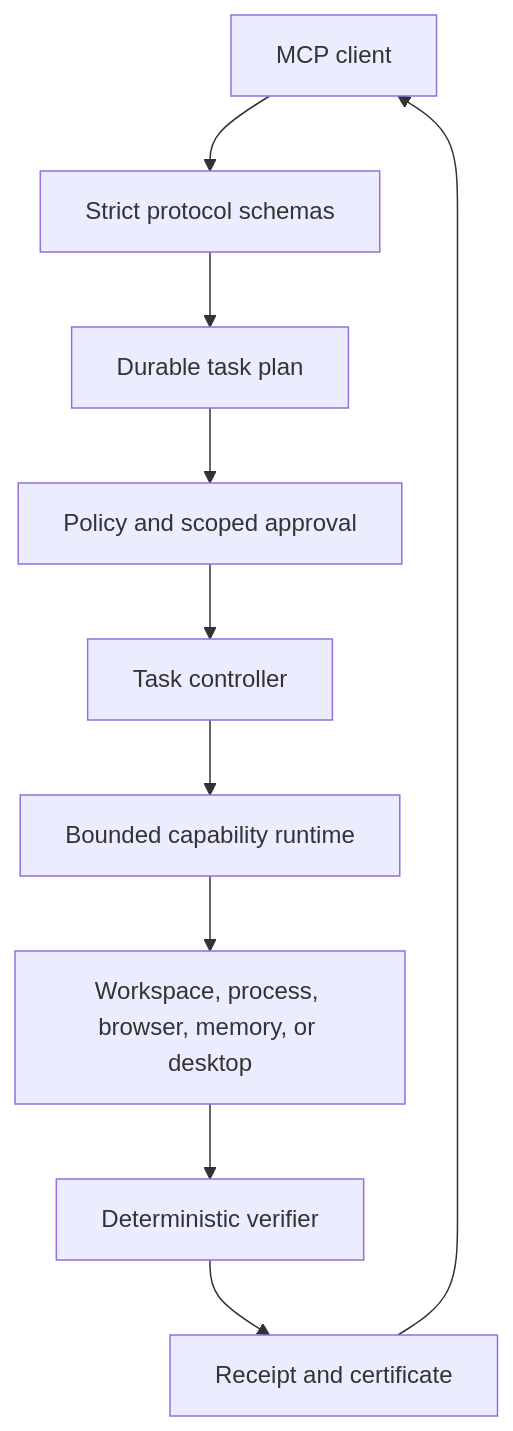
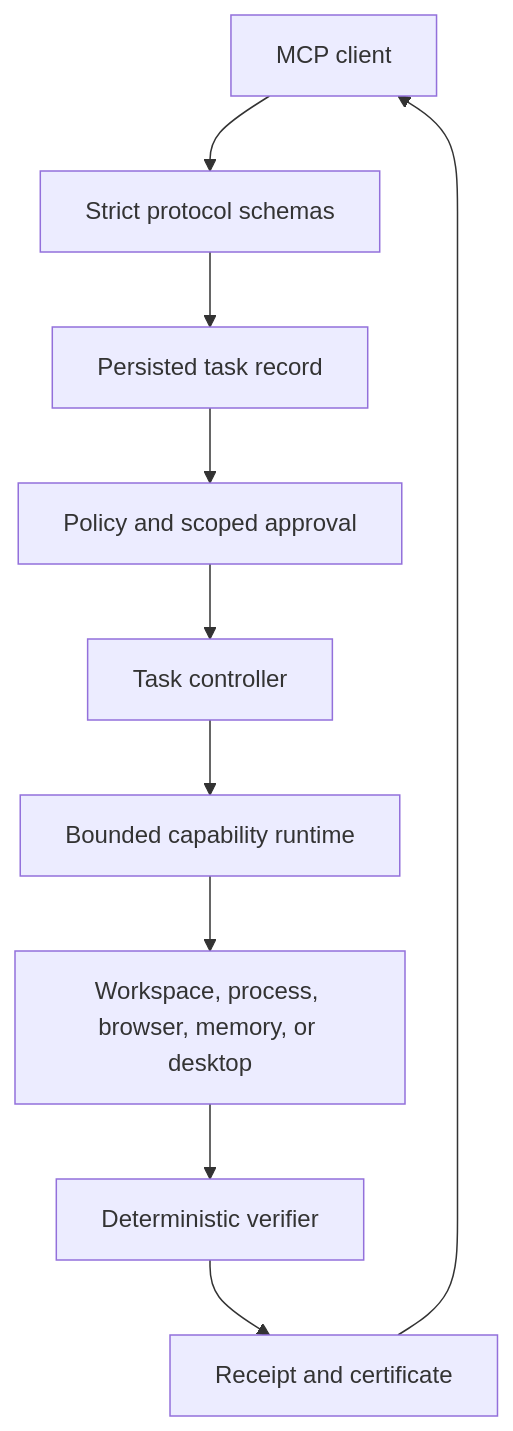
The diagram in docs/ARCHITECTURE.md (XAGI-Lab/atlas-mcp), drawn with Mermaid before and after one commit. The commit also changed other lines of this file and 4 other files, not shown here.

````diff
--- a/docs/ARCHITECTURE.md
+++ b/docs/ARCHITECTURE.md
@@ -5,12 +5,12 @@
 ```mermaid
 flowchart TB
     Client["MCP client"] --> Schema["Strict protocol schemas"]
-    Schema --> Plan["Durable task plan"]
+    Schema --> Plan["Persisted task record"]
     Plan --> Policy["Policy and scoped approval"]
     Policy --> Controller["Task controller"]
     Controller --> Runtime["Bounded capability runtime"]
     Runtime --> Target["Workspace, process, browser, memory, or desktop"]
     Target --> Verifier["Deterministic verifier"]
     Verifier --> Evidence["Receipt and certificate"]
     Evidence --> Client
 ```
````
